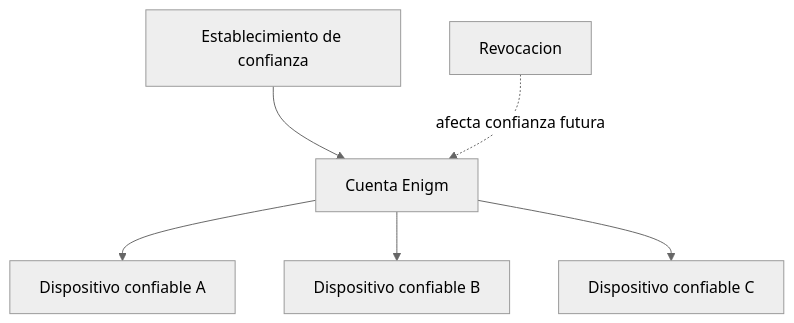
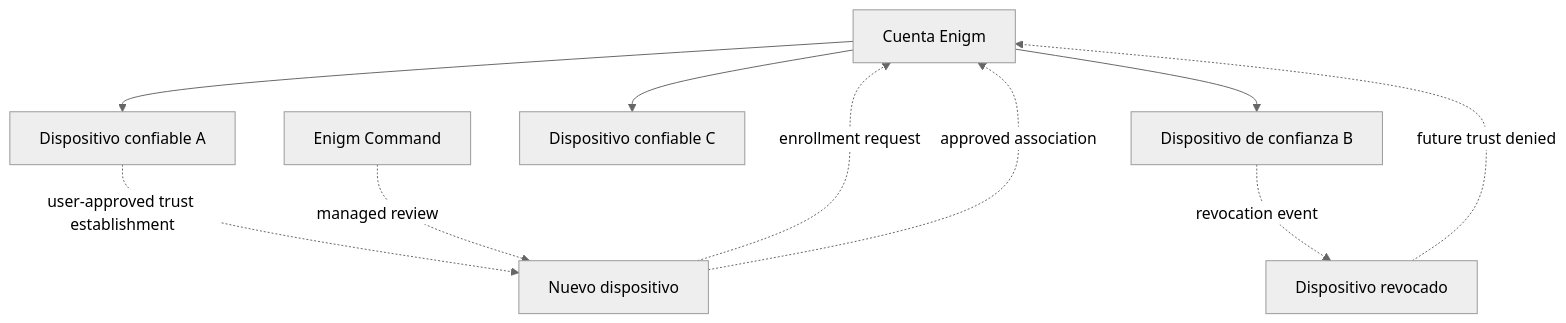
The diagram in es/app/multi-device.mdx (enigm-llc/docs), drawn with Mermaid (neutral theme) before and after one commit. The commit also changed other lines of this file and 43 other files, not shown here.

````diff
--- a/es/app/multi-device.mdx
+++ b/es/app/multi-device.mdx
@@ -52,15 +147,22 @@
 ```mermaid
 flowchart TD
   Account["Cuenta Enigm"]
   A["Dispositivo confiable A"]
-  B["Dispositivo confiable B"]
+  B["Dispositivo de confianza B"]
   C["Dispositivo confiable C"]
-  Enroll["Establecimiento de confianza"]
-  Revoke["Revocacion"]
+  Candidate["Nuevo dispositivo"]
+  Revoked["Dispositivo revocado"]
+  Control["Enigm Command"]
 
   Account --> A
   Account --> B
   Account --> C
-  Enroll --> Account
-  Revoke -. afecta confianza futura .-> Account
+
+  Candidate -. "enrollment request" .-> Account
+  A -. "user-approved trust establishment" .-> Candidate
+  Control -. "managed review" .-> Candidate
+  Candidate -. "approved association" .-> Account
+
+  B -. "revocation event" .-> Revoked
+  Revoked -. "future trust denied" .-> Account
 ```
````
